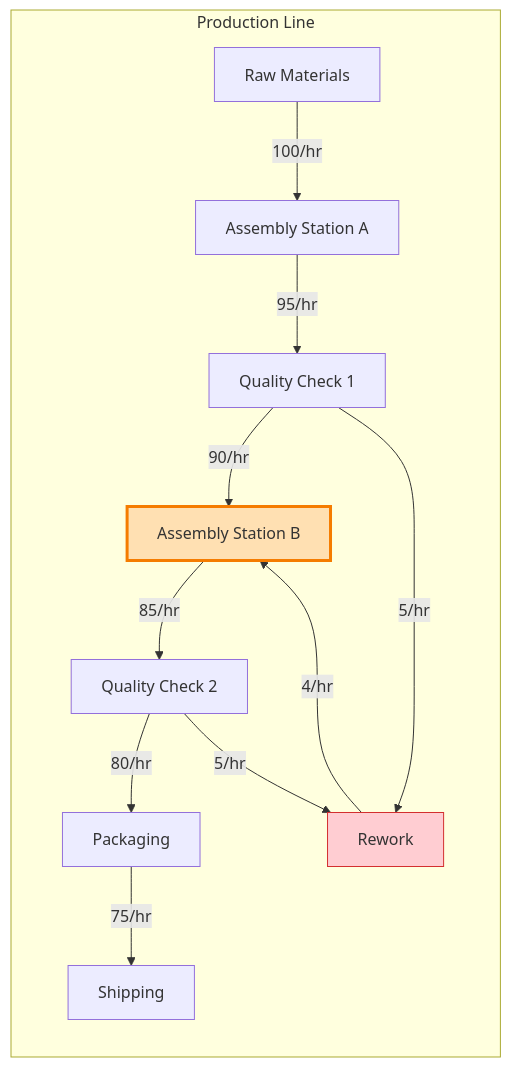
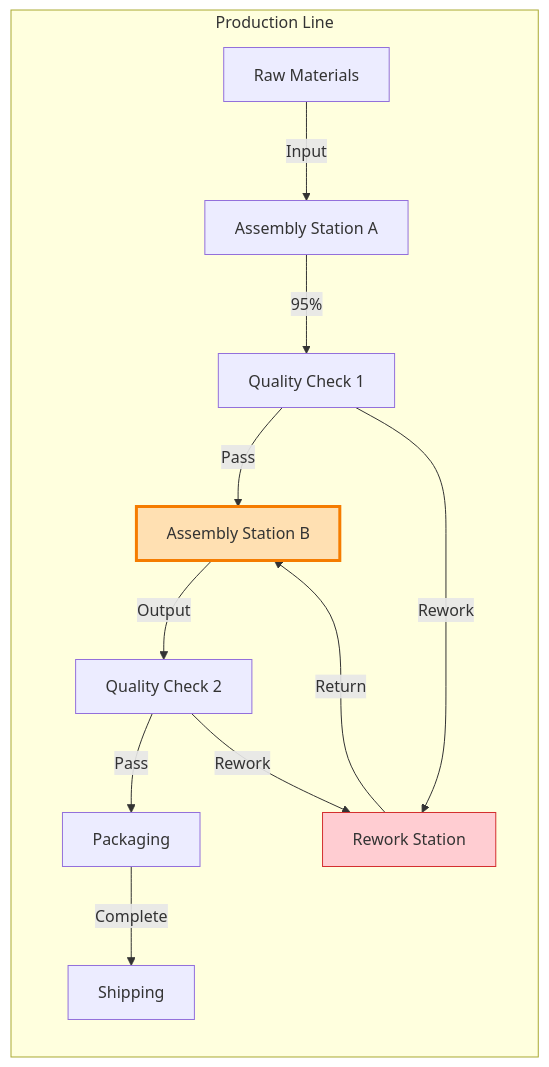
The tenth of 10 diagrams in doc/publish/business/03-use-cases.md (TheCowboyAI/alchemist), drawn with Mermaid before and after one commit. The commit also changed other lines of this file and 4 other files, not shown here.

````diff
--- a/doc/publish/business/03-use-cases.md
+++ b/doc/publish/business/03-use-cases.md
@@ -256,18 +422,18 @@
 ```mermaid
 graph LR
     subgraph "Production Line"
-        RM[Raw Materials] -->|100/hr| A[Assembly Station A]
-        A -->|95/hr| B[Quality Check 1]
-        B -->|90/hr| C[Assembly Station B]
-        C -->|85/hr| D[Quality Check 2]
-        D -->|80/hr| E[Packaging]
-        E -->|75/hr| F[Shipping]
+        RM[Raw Materials] -->|Input| A[Assembly Station A]
+        A -->|95%| B[Quality Check 1]
+        B -->|Pass| C[Assembly Station B]
+        C -->|Output| D[Quality Check 2]
+        D -->|Pass| E[Packaging]
+        E -->|Complete| F[Shipping]
 
-        B -->|5/hr| RW[Rework]
-        D -->|5/hr| RW
-        RW -->|4/hr| C
+        B -->|Rework| RW[Rework Station]
+        D -->|Rework| RW
+        RW -->|Return| C
 
         style C fill:#FFE0B2,stroke:#F57C00,stroke-width:3px
         style RW fill:#FFCDD2,stroke:#D32F2F
     end
 ```
````
